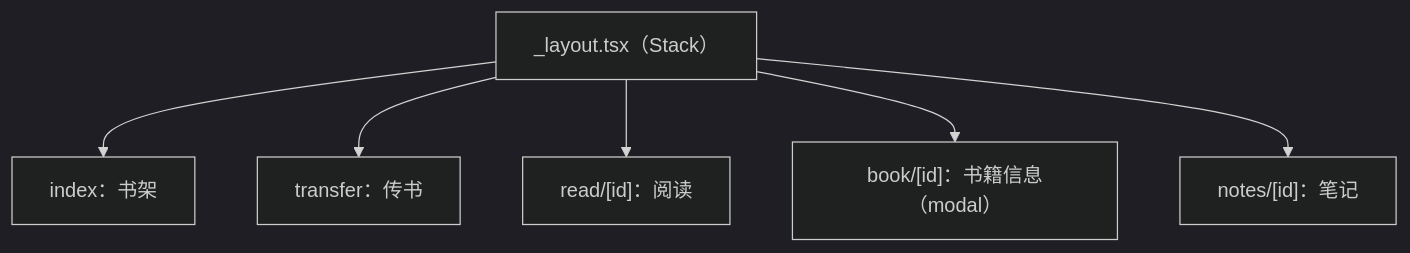
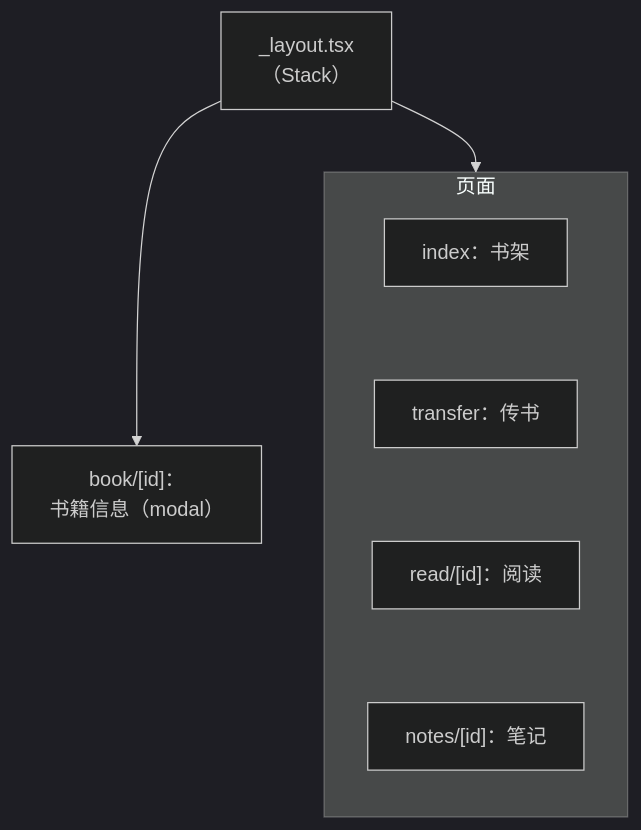
Before and after one commit to jarvis-pro/hatch-shelf: the first of 3 diagrams in books/rn-expo/03-expo-router.md, drawn with Mermaid (dark theme). The commit also changed other lines of this file and 432 other files, not shown here.

````diff
--- a/books/rn-expo/03-expo-router.md
+++ b/books/rn-expo/03-expo-router.md
@@ -32,8 +32,9 @@
 ```mermaid
 flowchart TD
-  L["_layout.tsx（Stack）"] --> I["index：书架"]
-  L --> T["transfer：传书"]
-  L --> R["read/[id]：阅读"]
-  L --> B["book/[id]：书籍信息（modal）"]
-  L --> N["notes/[id]：笔记"]
+  L["_layout.tsx<br/>（Stack）"] --> PAGES
+  L --> B["book/[id]：<br/>书籍信息（modal）"]
+  subgraph PAGES["页面"]
+    direction TB
+    I["index：书架"] ~~~ T["transfer：传书"] ~~~ R["read/[id]：阅读"] ~~~ N["notes/[id]：笔记"]
+  end
 ```
````
